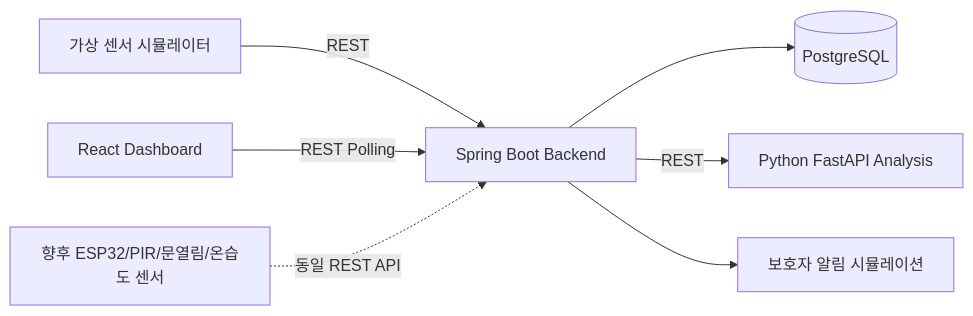
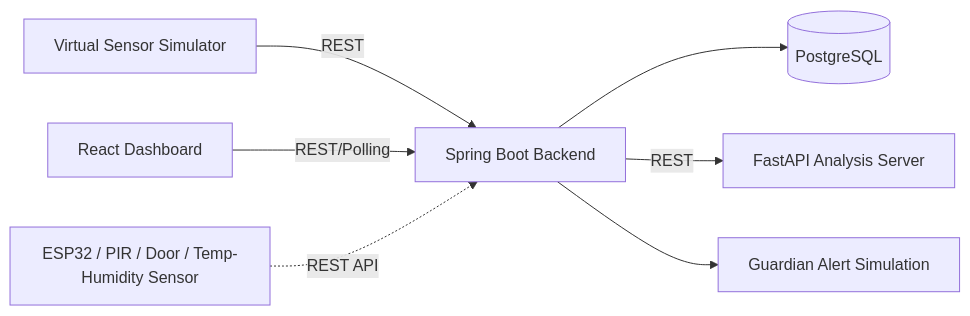
Before and after one commit to leetk77777/Smart-Care-Lab: the diagram in README.md, drawn with Mermaid. The commit also changed other lines of this file and 11 other files, not shown here.

````diff
--- a/README.md
+++ b/README.md
@@ -18,9 +33,9 @@
 ```mermaid
 flowchart LR
-    Sim["가상 센서 시뮬레이터"] -->|REST| BE["Spring Boot Backend"]
-    FE["React Dashboard"] -->|REST Polling| BE
-    BE --> DB[("PostgreSQL")]
-    BE -->|REST| AI["Python FastAPI Analysis"]
-    BE --> Alerts["보호자 알림 시뮬레이션"]
-    Real["향후 ESP32/PIR/문열림/온습도 센서"] -.->|동일 REST API| BE
+    Simulator["Virtual Sensor Simulator"] -->|REST| Backend["Spring Boot Backend"]
+    Frontend["React Dashboard"] -->|REST/Polling| Backend
+    Backend --> DB[("PostgreSQL")]
+    Backend -->|REST| AI["FastAPI Analysis Server"]
+    Backend --> Alert["Guardian Alert Simulation"]
+    ESP32["ESP32 / PIR / Door / Temp-Humidity Sensor"] -.->|REST API| Backend
 ```
````
